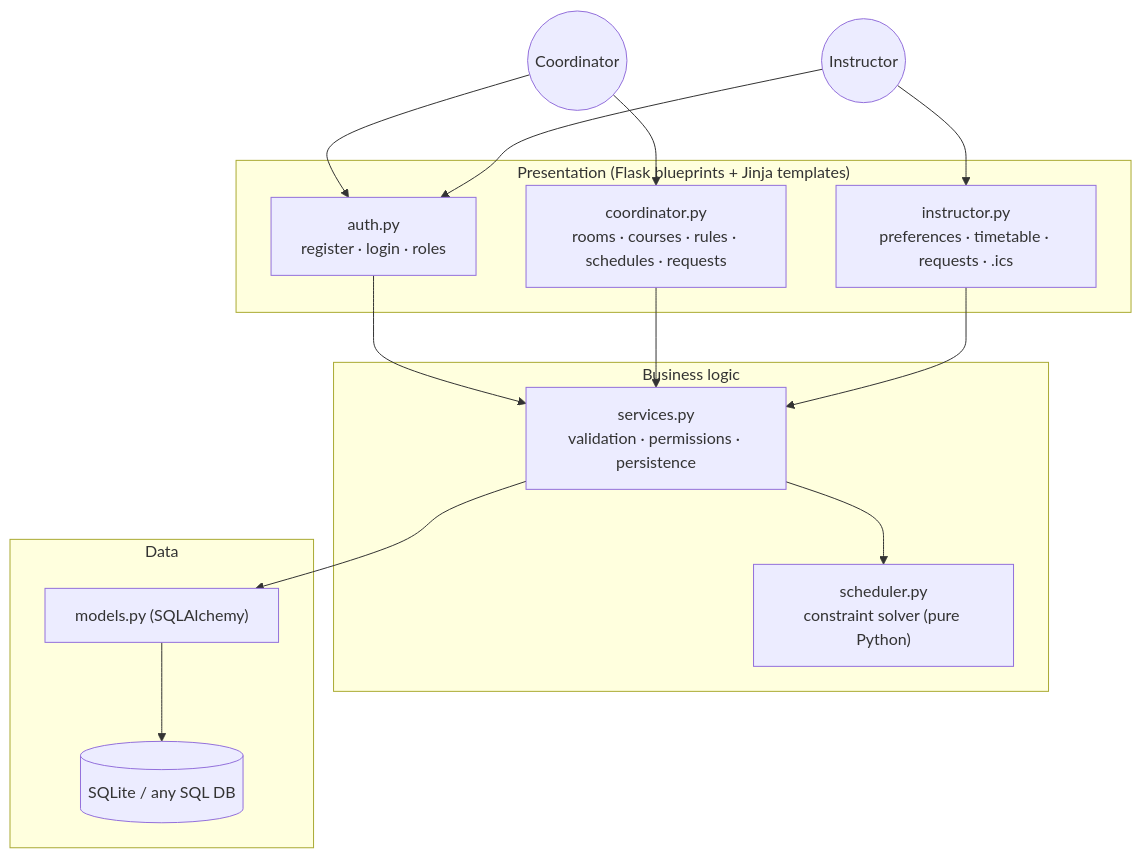
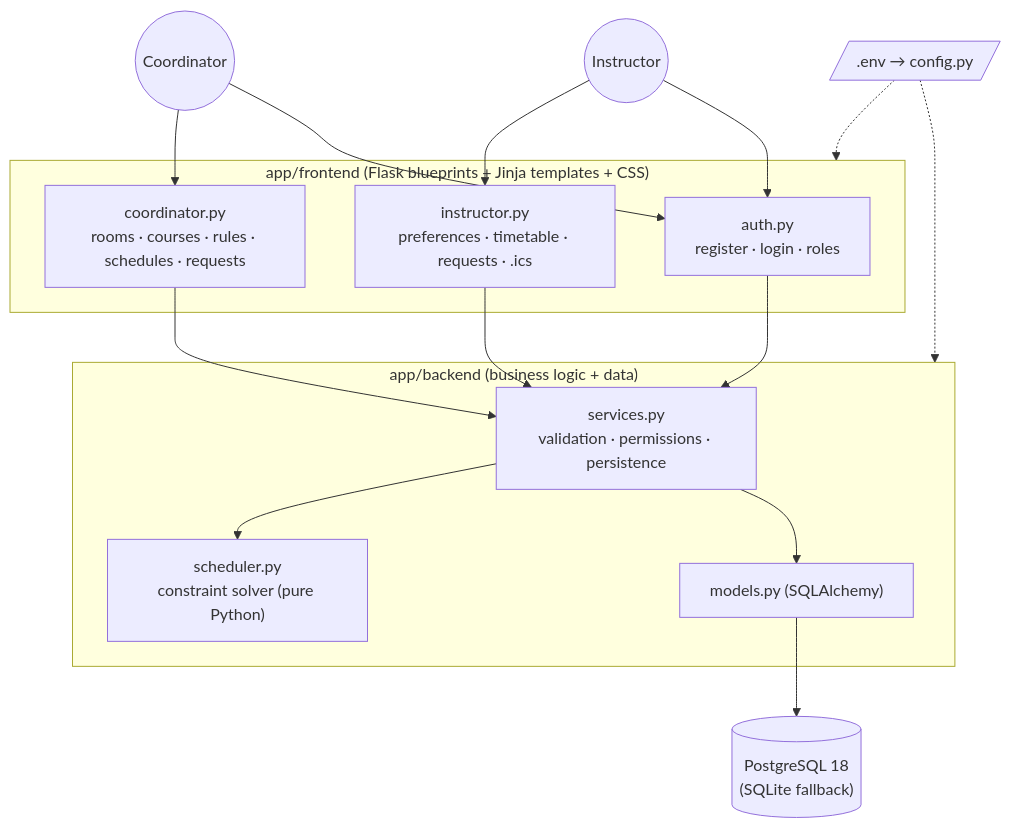
One commit to maruthi0/smart-scheduler changed the first of 6 diagrams in docs/design.md. Above: the diagram before and after it, drawn with Mermaid. The commit also changed other lines of this file and 43 other files, not shown here.

First line of the commit message:
Split app into frontend/backend, move secrets to .env, add PostgreSQL and UI refresh

````diff
--- a/docs/design.md
+++ b/docs/design.md
@@ -9,25 +14,26 @@
 ```mermaid
 flowchart TB
-    subgraph Presentation["Presentation (Flask blueprints + Jinja templates)"]
+    subgraph Frontend["app/frontend (Flask blueprints + Jinja templates + CSS)"]
         AUTH["auth.py<br/>register · login · roles"]
         COORD["coordinator.py<br/>rooms · courses · rules · schedules · requests"]
         INST["instructor.py<br/>preferences · timetable · requests · .ics"]
     end
-    subgraph Business["Business logic"]
+    subgraph Backend["app/backend (business logic + data)"]
         SVC["services.py<br/>validation · permissions · persistence"]
         ALG["scheduler.py<br/>constraint solver (pure Python)"]
+        ORM["models.py (SQLAlchemy)"]
     end
-    subgraph Data["Data"]
-        ORM["models.py (SQLAlchemy)"]
-        DB[("SQLite / any SQL DB")]
-    end
+    DB[("PostgreSQL 18<br/>(SQLite fallback)")]
+    ENV[/".env → config.py"/]
     Coordinator((Coordinator)) --> COORD
     Instructor((Instructor)) --> INST
     Coordinator --> AUTH
     Instructor --> AUTH
     AUTH --> SVC
     COORD --> SVC
     INST --> SVC
     SVC --> ALG
     SVC --> ORM --> DB
+    ENV -.-> Frontend
+    ENV -.-> Backend
 ```
````
